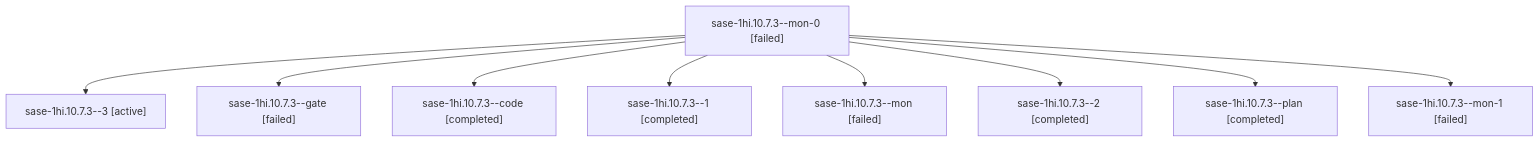
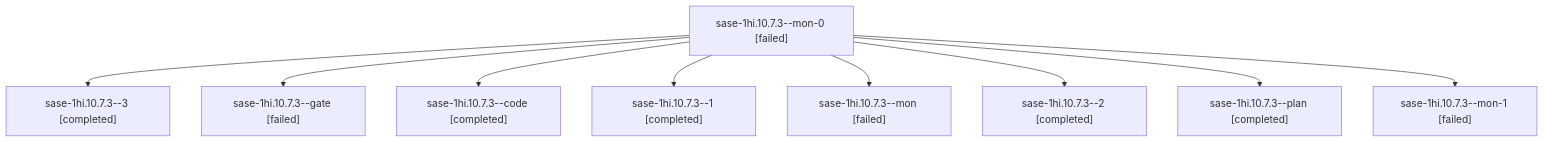
One commit to sase-org/sase--agents changed the diagram in sessions/bbugyi200.apollo.sase-1hi.10.7.3.md. Above: the diagram before and after it, drawn with Mermaid. The commit also changed other lines of this file and 160 other files, not shown here.

````diff
--- a/sessions/bbugyi200.apollo.sase-1hi.10.7.3.md
+++ b/sessions/bbugyi200.apollo.sase-1hi.10.7.3.md
@@ -9,20 +9,20 @@
 ```mermaid
 flowchart TD
   n0["sase-1hi.10.7.3--mon-0 [failed]"]
-  n1["sase-1hi.10.7.3--3 [active]"]
+  n1["sase-1hi.10.7.3--3 [completed]"]
   n0 --> n1
   n2["sase-1hi.10.7.3--gate [failed]"]
   n0 --> n2
   n3["sase-1hi.10.7.3--code [completed]"]
   n0 --> n3
   n4["sase-1hi.10.7.3--1 [completed]"]
   n0 --> n4
   n5["sase-1hi.10.7.3--mon [failed]"]
   n0 --> n5
   n6["sase-1hi.10.7.3--2 [completed]"]
   n0 --> n6
   n7["sase-1hi.10.7.3--plan [completed]"]
   n0 --> n7
   n8["sase-1hi.10.7.3--mon-1 [failed]"]
   n0 --> n8
 ```
````
